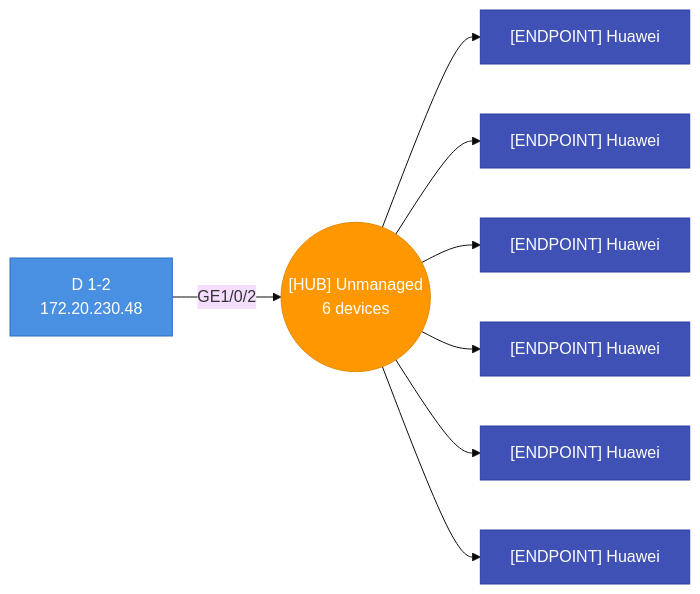
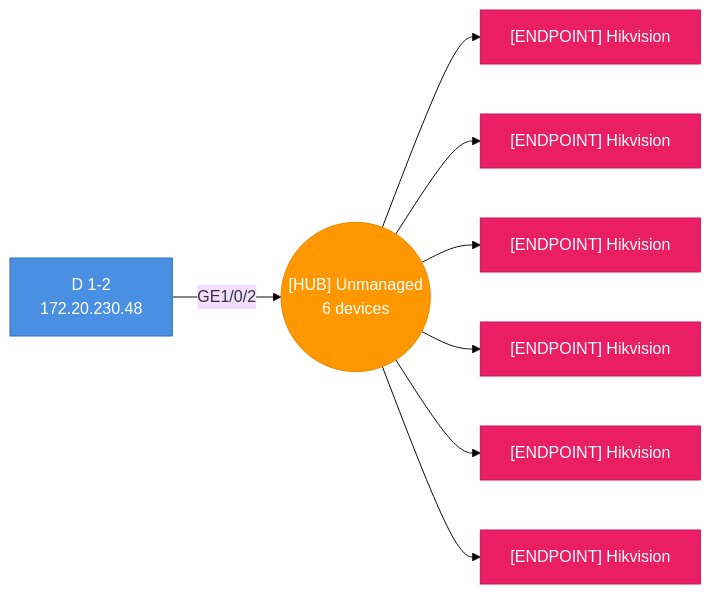
Before and after one commit to djamic/LLDP-Skanner-Go: diagram 13 of 47 in testdata/golden/audit_default.md, drawn with Mermaid (base theme). The commit also changed other lines of this file and 16 other files, not shown here.

````diff
--- a/testdata/golden/audit_default.md
+++ b/testdata/golden/audit_default.md
@@ -1797,26 +1787,26 @@
 ```mermaid
 graph LR
   hub_4caea3a215ec_p2(("[HUB] Unmanaged<br>6 devices"))
   4caea3a215ec["D 1-2<br>172.20.230.48"]
   4caea3a215ec-- "GE1/0/2" -->hub_4caea3a215ec_p2
   style 4caea3a215ec fill:#4A90E2,stroke:#2A6FC2,color:#fff
-  bc9b5e37bf15["[ENDPOINT] Huawei"]
+  bc9b5e37bf15["[ENDPOINT] Hikvision"]
   hub_4caea3a215ec_p2-->bc9b5e37bf15
-  style bc9b5e37bf15 fill:#3F51B5,stroke:#303F9F,color:#fff
-  bc9b5e37bf17["[ENDPOINT] Huawei"]
+  style bc9b5e37bf15 fill:#E91E63,stroke:#C2185B,color:#fff
+  bc9b5e37bf17["[ENDPOINT] Hikvision"]
   hub_4caea3a215ec_p2-->bc9b5e37bf17
-  style bc9b5e37bf17 fill:#3F51B5,stroke:#303F9F,color:#fff
-  bc9b5e37bf28["[ENDPOINT] Huawei"]
+  style bc9b5e37bf17 fill:#E91E63,stroke:#C2185B,color:#fff
+  bc9b5e37bf28["[ENDPOINT] Hikvision"]
   hub_4caea3a215ec_p2-->bc9b5e37bf28
-  style bc9b5e37bf28 fill:#3F51B5,stroke:#303F9F,color:#fff
-  bc9b5e37bf38["[ENDPOINT] Huawei"]
+  style bc9b5e37bf28 fill:#E91E63,stroke:#C2185B,color:#fff
+  bc9b5e37bf38["[ENDPOINT] Hikvision"]
   hub_4caea3a215ec_p2-->bc9b5e37bf38
-  style bc9b5e37bf38 fill:#3F51B5,stroke:#303F9F,color:#fff
-  bc9b5e37bf39["[ENDPOINT] Huawei"]
+  style bc9b5e37bf38 fill:#E91E63,stroke:#C2185B,color:#fff
+  bc9b5e37bf39["[ENDPOINT] Hikvision"]
   hub_4caea3a215ec_p2-->bc9b5e37bf39
-  style bc9b5e37bf39 fill:#3F51B5,stroke:#303F9F,color:#fff
-  bc9b5e37bf50["[ENDPOINT] Huawei"]
+  style bc9b5e37bf39 fill:#E91E63,stroke:#C2185B,color:#fff
+  bc9b5e37bf50["[ENDPOINT] Hikvision"]
   hub_4caea3a215ec_p2-->bc9b5e37bf50
-  style bc9b5e37bf50 fill:#3F51B5,stroke:#303F9F,color:#fff
+  style bc9b5e37bf50 fill:#E91E63,stroke:#C2185B,color:#fff
   style hub_4caea3a215ec_p2 fill:#FF9800,stroke:#E68A00,color:#fff
 ```
````
